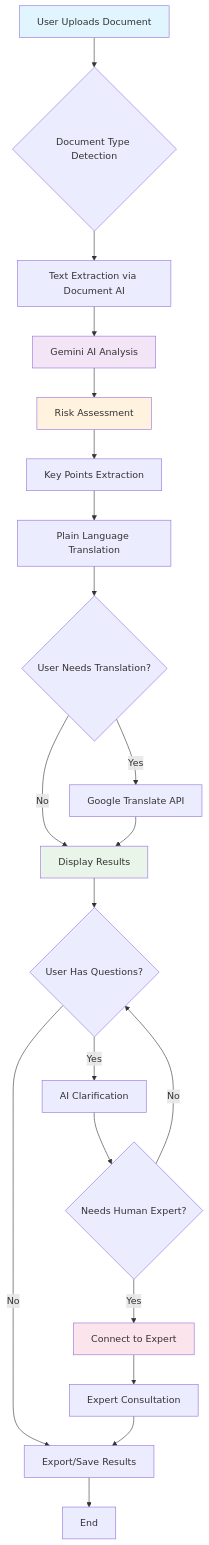
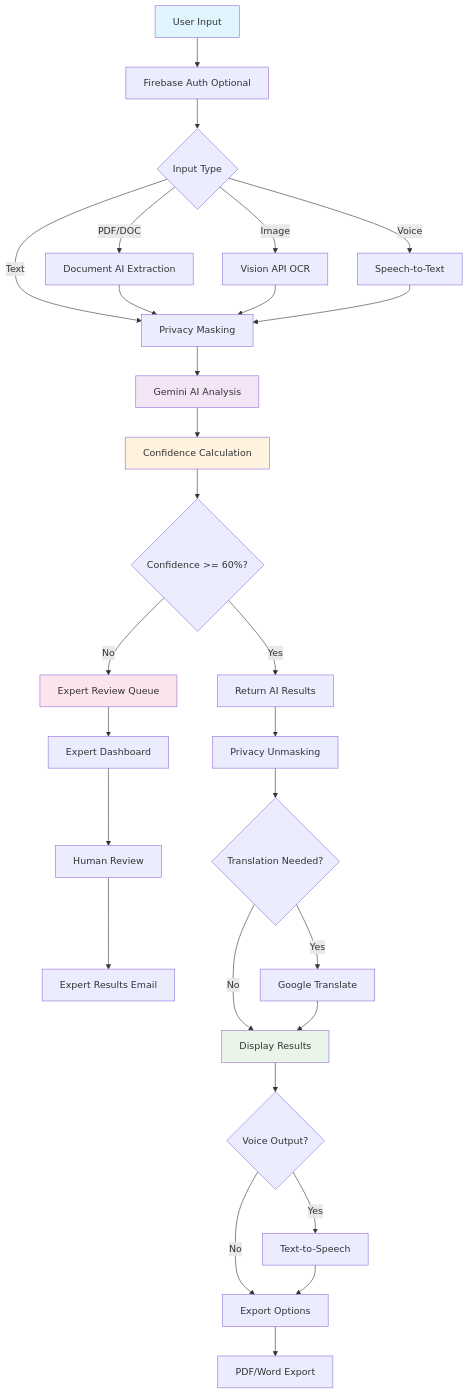
The first of 4 diagrams in docs/COMPETITION_PRESENTATION.md (Strizzyy/LegalSaathi), drawn with Mermaid before and after one commit. The commit also changed other lines of this file and 9 other files, not shown here.

````diff
--- a/docs/COMPETITION_PRESENTATION.md
+++ b/docs/COMPETITION_PRESENTATION.md
@@ -183,28 +297,43 @@
 ```mermaid
 flowchart TD
-    A[User Uploads Document] --> B{Document Type Detection}
-    B --> C[Text Extraction via Document AI]
-    C --> D[Gemini AI Analysis]
-    D --> E[Risk Assessment]
-    E --> F[Key Points Extraction]
-    F --> G[Plain Language Translation]
-    G --> H{User Needs Translation?}
-    H -->|Yes| I[Google Translate API]
-    H -->|No| J[Display Results]
-    I --> J
-    J --> K{User Has Questions?}
-    K -->|Yes| L[AI Clarification]
-    K -->|No| M[Export/Save Results]
-    L --> N{Needs Human Expert?}
-    N -->|Yes| O[Connect to Expert]
-    N -->|No| K
-    O --> P[Expert Consultation]
-    P --> M
-    M --> Q[End]
+    A[User Input] --> B[Firebase Auth Optional]
+    B --> C{Input Type}
+    C -->|Text| D[Privacy Masking]
+    C -->|PDF/DOC| E[Document AI Extraction]
+    C -->|Image| F[Vision API OCR]
+    C -->|Voice| G[Speech-to-Text]
+    
+    E --> D
+    F --> D
+    G --> D
+    
+    D --> H[Gemini AI Analysis]
+    H --> I[Confidence Calculation]
+    I --> J{Confidence >= 60%?}
+    
+    J -->|Yes| K[Return AI Results]
+    J -->|No| L[Expert Review Queue]
+    
+    K --> M[Privacy Unmasking]
+    L --> N[Expert Dashboard]
+    N --> O[Human Review]
+    O --> P[Expert Results Email]
+    
+    M --> Q{Translation Needed?}
+    Q -->|Yes| R[Google Translate]
+    Q -->|No| S[Display Results]
+    R --> S
+    
+    S --> T{Voice Output?}
+    T -->|Yes| U[Text-to-Speech]
+    T -->|No| V[Export Options]
+    U --> V
+    
+    V --> W[PDF/Word Export]
     
     style A fill:#e1f5fe
-    style D fill:#f3e5f5
-    style E fill:#fff3e0
-    style J fill:#e8f5e8
-    style O fill:#fce4ec
+    style H fill:#f3e5f5
+    style I fill:#fff3e0
+    style L fill:#fce4ec
+    style S fill:#e8f5e8
 ```
````
